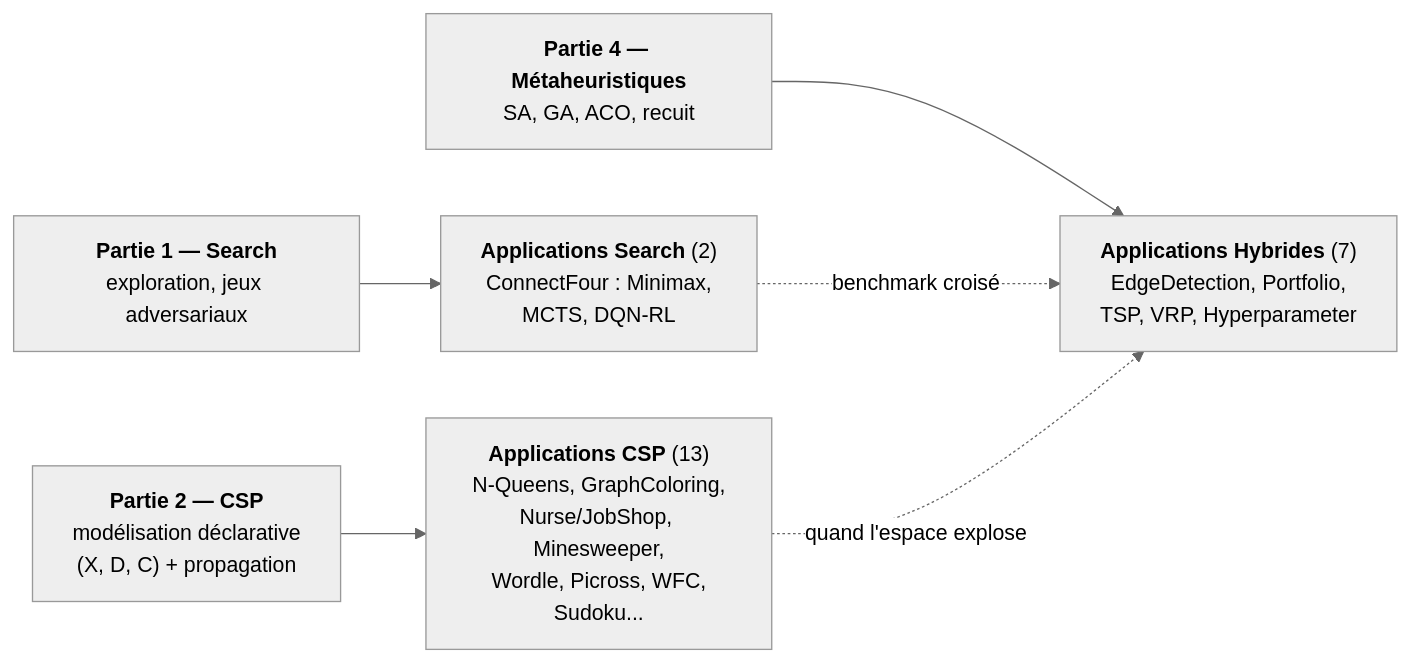
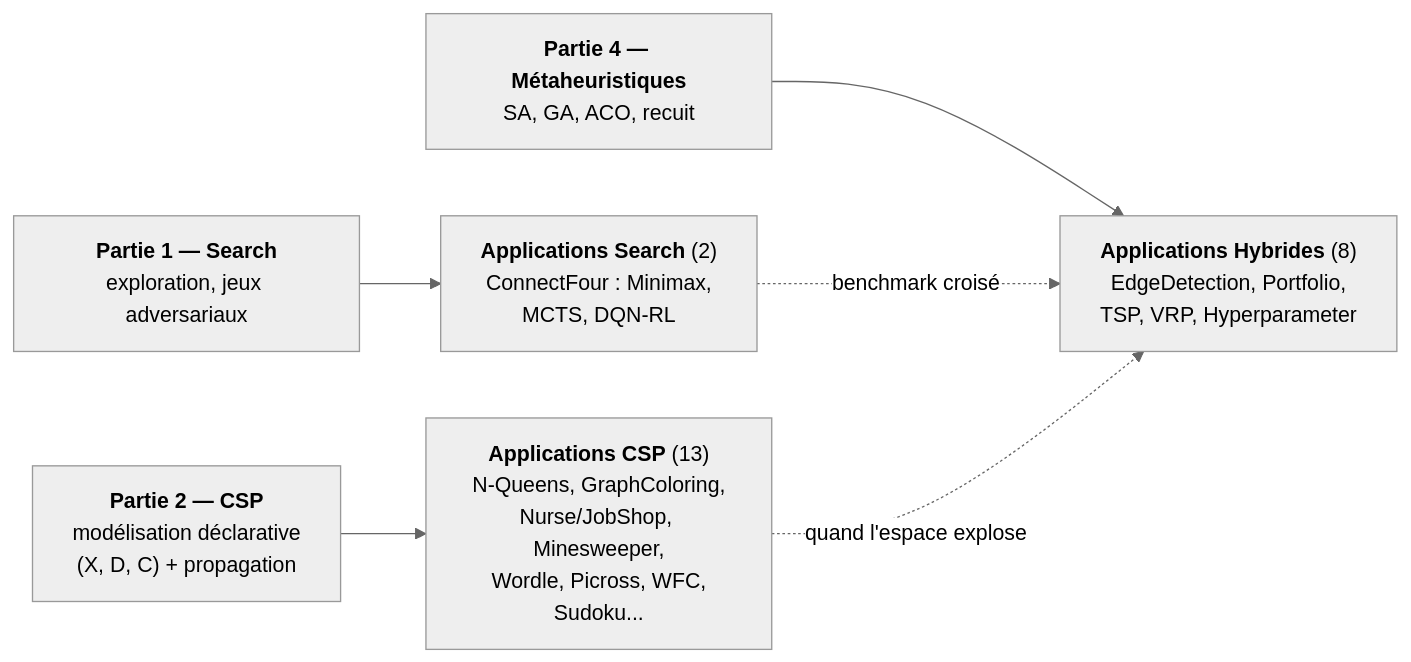
The diagram in MyIA.AI.Notebooks/Search/Applications/README.md (jsboige/CoursIA), drawn with Mermaid (neutral theme) before and after one commit. The commit also changed other lines of this file and 1 other file, not shown here.

First line of the commit message:
feat(search-apps): App-17b-VRP-Logistics-CSharp — twin C# VRP metaheuristiques from-scratch (See #4956)

````diff
--- a/MyIA.AI.Notebooks/Search/Applications/README.md
+++ b/MyIA.AI.Notebooks/Search/Applications/README.md
@@ -38,14 +38,14 @@
 ```mermaid
 flowchart LR
     P1["<b>Partie 1 — Search</b><br/>exploration, jeux adversariaux"]
     P2["<b>Partie 2 — CSP</b><br/>modélisation déclarative<br/>(X, D, C) + propagation"]
     P4["<b>Partie 4 — Métaheuristiques</b><br/>SA, GA, ACO, recuit"]
     S["<b>Applications Search</b> (2)<br/>ConnectFour : Minimax,<br/>MCTS, DQN-RL"]
     C["<b>Applications CSP</b> (13)<br/>N-Queens, GraphColoring,<br/>Nurse/JobShop, Minesweeper,<br/>Wordle, Picross, WFC,<br/>Sudoku..."]
-    H["<b>Applications Hybrides</b> (7)<br/>EdgeDetection, Portfolio,<br/>TSP, VRP, Hyperparameter"]
+    H["<b>Applications Hybrides</b> (8)<br/>EdgeDetection, Portfolio,<br/>TSP, VRP, Hyperparameter"]
     P1 --> S
     P2 --> C
     P4 --> H
     S -.->|"benchmark croisé"| H
     C -.->|"quand l'espace explose"| H
 ```
````
